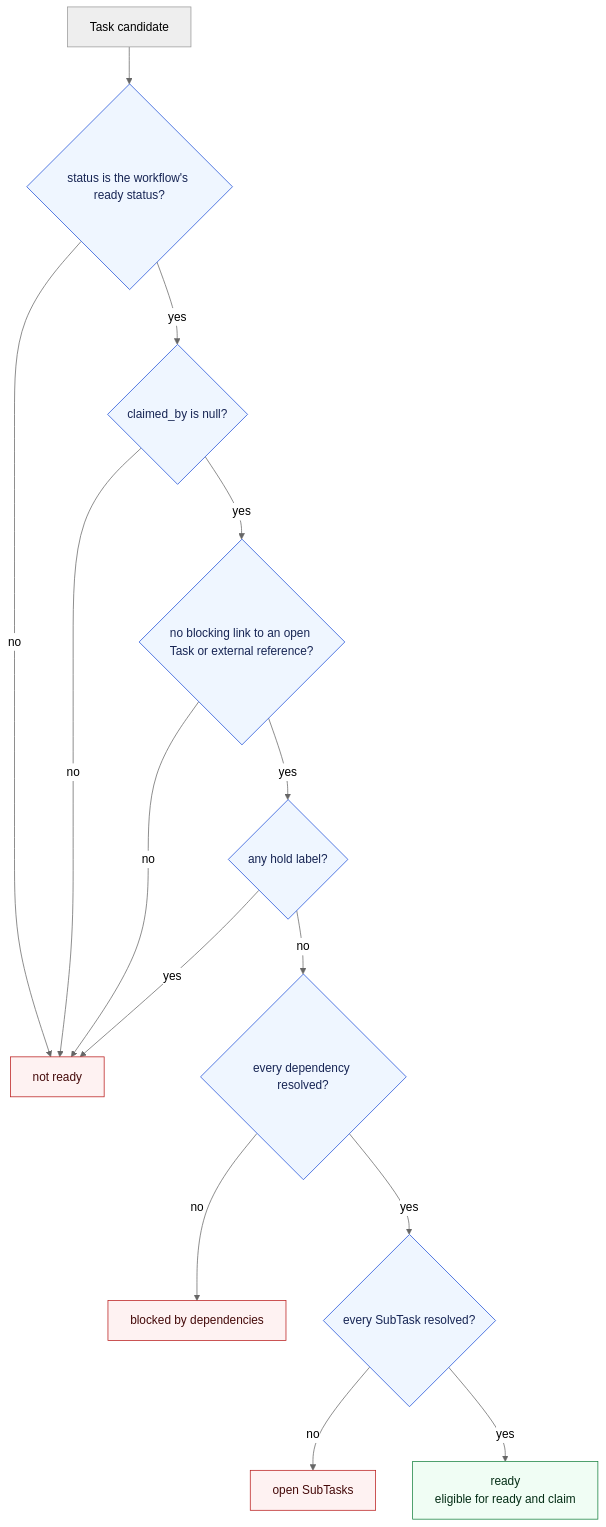
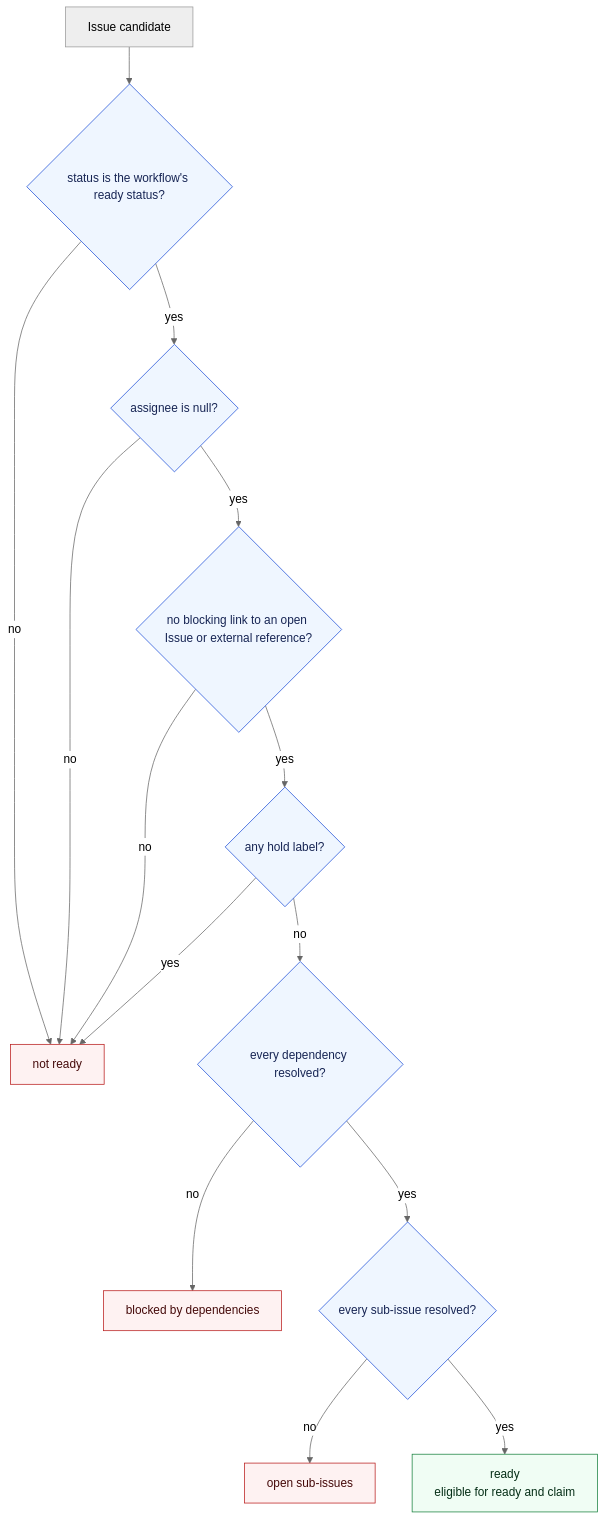
The third of 6 diagrams in README.md (rcmendes/orbit), drawn with Mermaid (neutral theme) before and after one commit. The commit also changed other lines of this file and 16 other files, not shown here.

````diff
--- a/README.md
+++ b/README.md
@@ -479,23 +478,23 @@
 ```mermaid
 flowchart TD
-    TASK["Task candidate"] --> STATUS{"status is the workflow's ready status?"}
+    TASK["Issue candidate"] --> STATUS{"status is the workflow's ready status?"}
     STATUS -->|no| NOTREADY["not ready"]
-    STATUS -->|yes| CLAIMED{"claimed_by is null?"}
+    STATUS -->|yes| CLAIMED{"assignee is null?"}
     CLAIMED -->|no| NOTREADY
-    CLAIMED -->|yes| WAITING{"no blocking link to an open Task or external reference?"}
+    CLAIMED -->|yes| WAITING{"no blocking link to an open Issue or external reference?"}
     WAITING -->|no| NOTREADY
     WAITING -->|yes| HELD{"any hold label?"}
     HELD -->|yes| NOTREADY
     HELD -->|no| DEPS{"every dependency resolved?"}
     DEPS -->|no| BLOCKED["blocked by dependencies"]
-    DEPS -->|yes| SUBTASKS{"every SubTask resolved?"}
-    SUBTASKS -->|no| SUBTASKSOPEN["open SubTasks"]
+    DEPS -->|yes| SUBTASKS{"every sub-issue resolved?"}
+    SUBTASKS -->|no| SUBTASKSOPEN["open sub-issues"]
     SUBTASKS -->|yes| READY["ready<br/>eligible for ready and claim"]
 
     classDef no fill:#fef2f2,stroke:#b91c1c,color:#450a0a
     classDef yes fill:#f0fdf4,stroke:#15803d,color:#052e16
     classDef gate fill:#eff6ff,stroke:#1d4ed8,color:#172554
     class NOTREADY,BLOCKED,SUBTASKSOPEN no
     class READY yes
     class STATUS,CLAIMED,WAITING,HELD,DEPS,SUBTASKS gate
 ```
````
